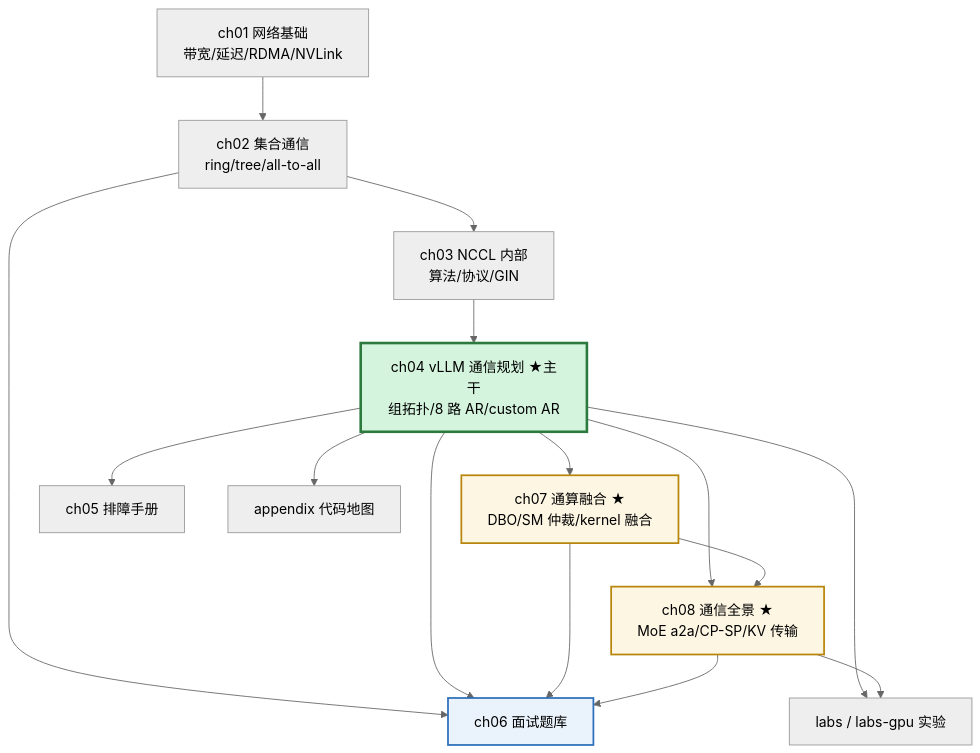
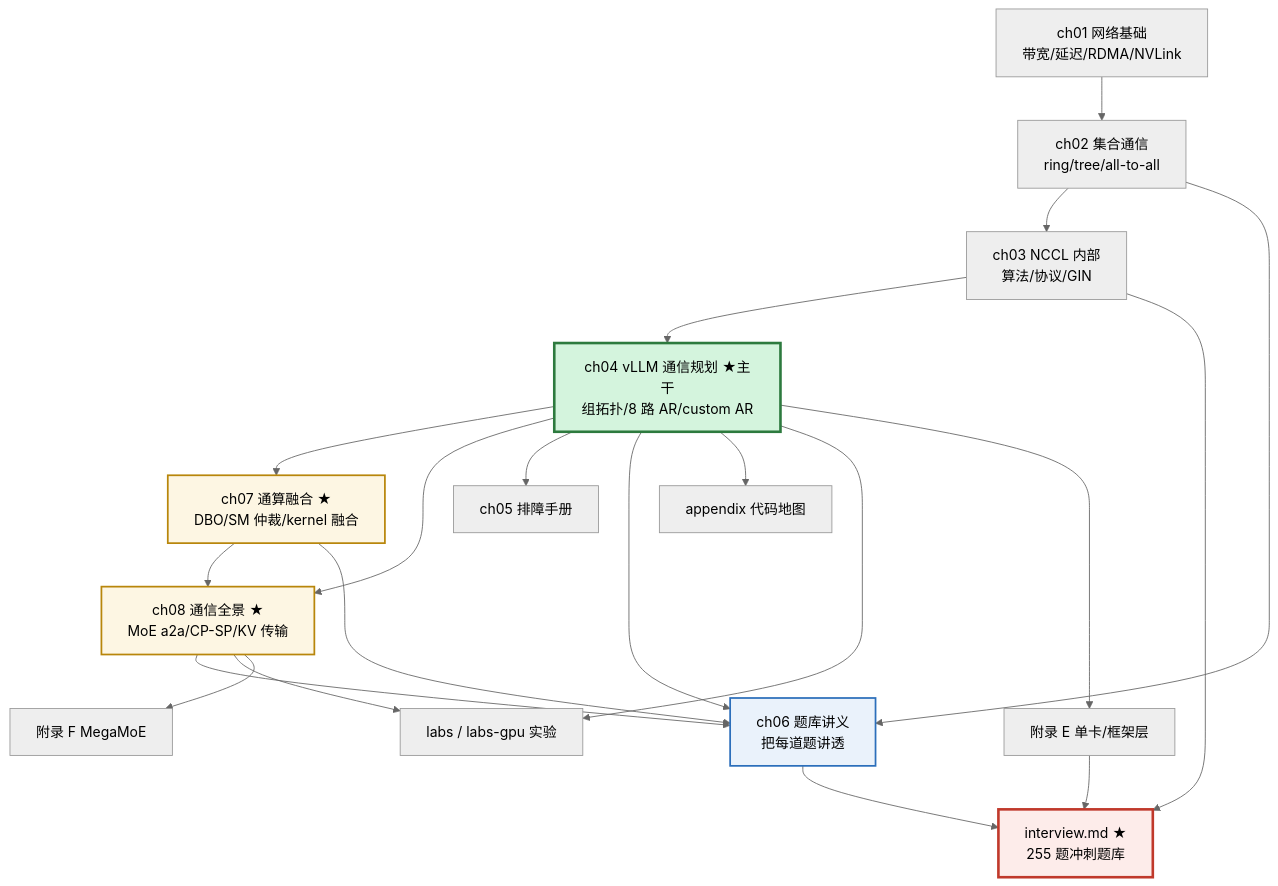
Before and after one commit to jeffaa729/inference: the first of 2 diagrams in net-nccl-tutorial/README.md, drawn with Mermaid (neutral theme). The commit also changed other lines of this file and 56 other files, not shown here.

````diff
--- a/net-nccl-tutorial/README.md
+++ b/net-nccl-tutorial/README.md
@@ -109,31 +167,40 @@
 ```mermaid
 flowchart TD
     CH1["ch01 网络基础<br/>带宽/延迟/RDMA/NVLink"]
     CH2["ch02 集合通信<br/>ring/tree/all-to-all"]
     CH3["ch03 NCCL 内部<br/>算法/协议/GIN"]
     CH4["ch04 vLLM 通信规划 ★主干<br/>组拓扑/8 路 AR/custom AR"]
     CH7["ch07 通算融合 ★<br/>DBO/SM 仲裁/kernel 融合"]
     CH8["ch08 通信全景 ★<br/>MoE a2a/CP-SP/KV 传输"]
     CH5["ch05 排障手册"]
-    CH6["ch06 面试题库"]
+    CH6["ch06 题库讲义<br/>把每道题讲透"]
+    IV["interview.md ★<br/>255 题冲刺题库"]
     APP["appendix 代码地图"]
     LAB["labs / labs-gpu 实验"]
+    APE["附录 E 单卡/框架层"]
+    APF["附录 F MegaMoE"]
 
     CH1 --> CH2 --> CH3 --> CH4
     CH4 --> CH7
     CH4 --> CH8
     CH4 --> CH5
     CH7 --> CH8
     CH2 --> CH6
     CH4 --> CH6
     CH7 --> CH6
     CH8 --> CH6
     CH4 --> APP
     CH4 --> LAB
     CH8 --> LAB
+    CH4 --> APE
+    CH8 --> APF
+    APE --> IV
+    CH3 --> IV
+    CH6 --> IV
 
     style CH4 fill:#d4f4dd,stroke:#2d7a3e,stroke-width:3px
     style CH7 fill:#fdf6e3,stroke:#b8860b,stroke-width:2px
     style CH8 fill:#fdf6e3,stroke:#b8860b,stroke-width:2px
     style CH6 fill:#eaf2fb,stroke:#2c6fbb,stroke-width:2px
+    style IV fill:#fdecea,stroke:#c0392b,stroke-width:3px
 ```
````
